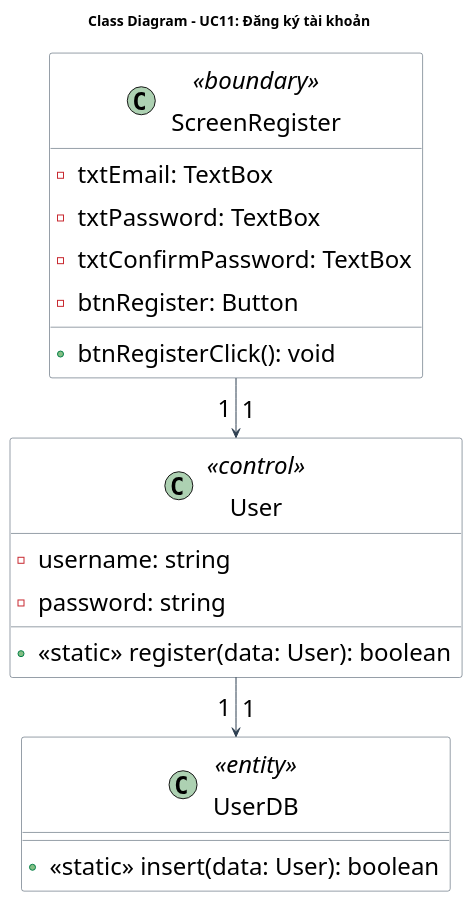
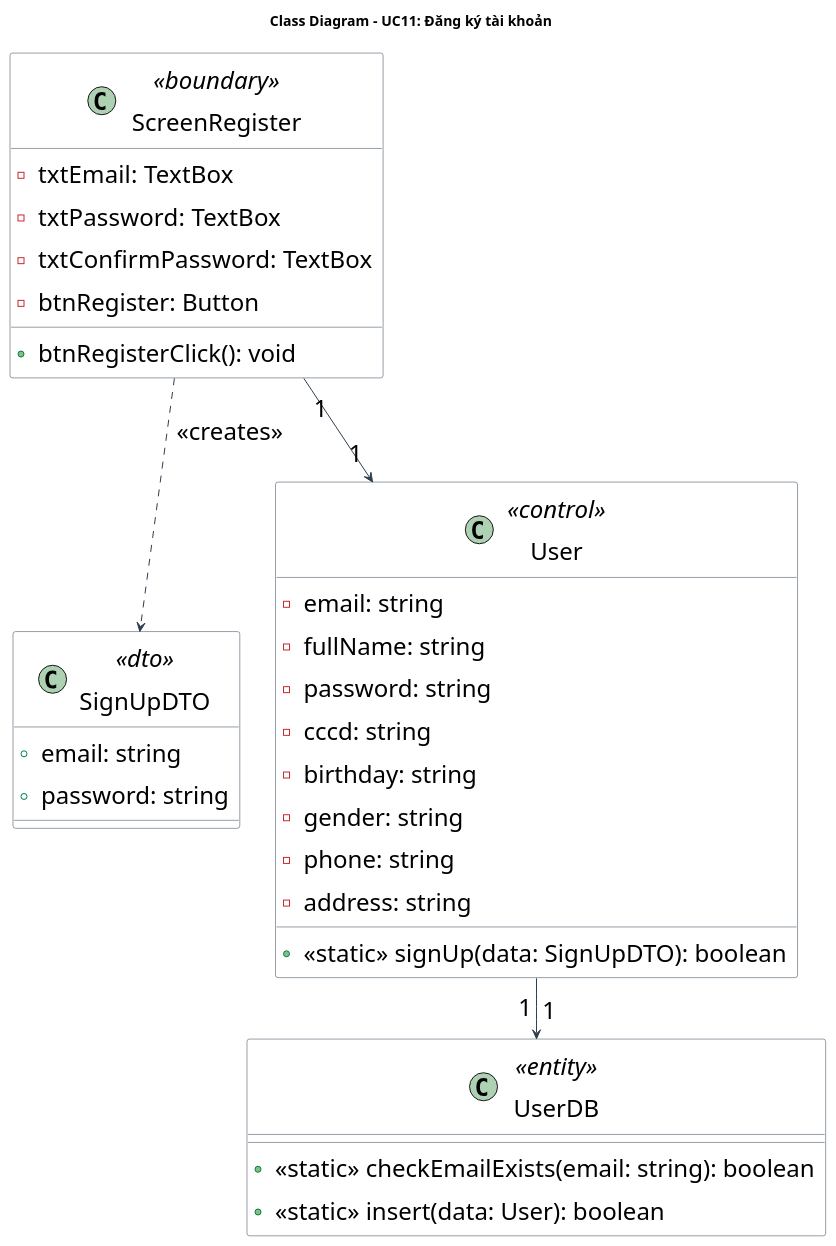
One commit to Gnourt812005/HCMUS-Analyze-and-desgin-IS changed the diagram in doc/system/dang_ky_tai_khoan/DangKyTaiKhoan_ClassDiagram.wsd. Above: the diagram before and after it, drawn with PlantUML. The commit also changed 6 other files, not shown here.

```diff
--- a/doc/system/dang_ky_tai_khoan/DangKyTaiKhoan_ClassDiagram.wsd
+++ b/doc/system/dang_ky_tai_khoan/DangKyTaiKhoan_ClassDiagram.wsd
@@ -1,38 +1,53 @@
 @startuml DangKyTaiKhoan_ClassDiagram
 title Class Diagram - UC11: Đăng ký tài khoản
 
 ' --- STYLE CONFIGURATION ---
 skinparam {
     ClassBackgroundColor White
     ClassBorderColor #2D3E50
     ArrowColor #2D3E50
     DefaultFontName "Arial"
     DefaultFontSize 24
     Padding 5
 }
 
 ' --- BOUNDARY LAYER ---
 class "ScreenRegister" as ScreenRegister <<boundary>> {
     - txtEmail: TextBox
     - txtPassword: TextBox
     - txtConfirmPassword: TextBox
     - btnRegister: Button
     + btnRegisterClick(): void
 }
 
-' --- BUSINESS LAYER ---
-class "User" <<control>> {
-    - username: string
-    - password: string
-    + <<static>> register(data: User): boolean
+' --- DTO LAYER ---
+class "SignUpDTO" as SignUpDTO <<dto>> {
+    + email: string
+    + password: string
 }
 
-class "UserDB" <<entity>> {
+' --- BUSINESS LAYER ---
+class "User" as User <<control>> {
+    - email: string
+    - fullName: string
+    - password: string
+    - cccd: string
+    - birthday: string
+    - gender: string
+    - phone: string
+    - address: string
+    + <<static>> signUp(data: SignUpDTO): boolean
+}
+
+' --- DATABASE LAYER ---
+class "UserDB" as UserDB <<entity>> {
+    + <<static>> checkEmailExists(email: string): boolean
     + <<static>> insert(data: User): boolean
 }
 
 ' --- RELATIONSHIPS ---
+ScreenRegister ..> SignUpDTO : <<creates>>
 ScreenRegister "1" --> "1" User
 User "1" --> "1" UserDB
 
 @enduml
```
